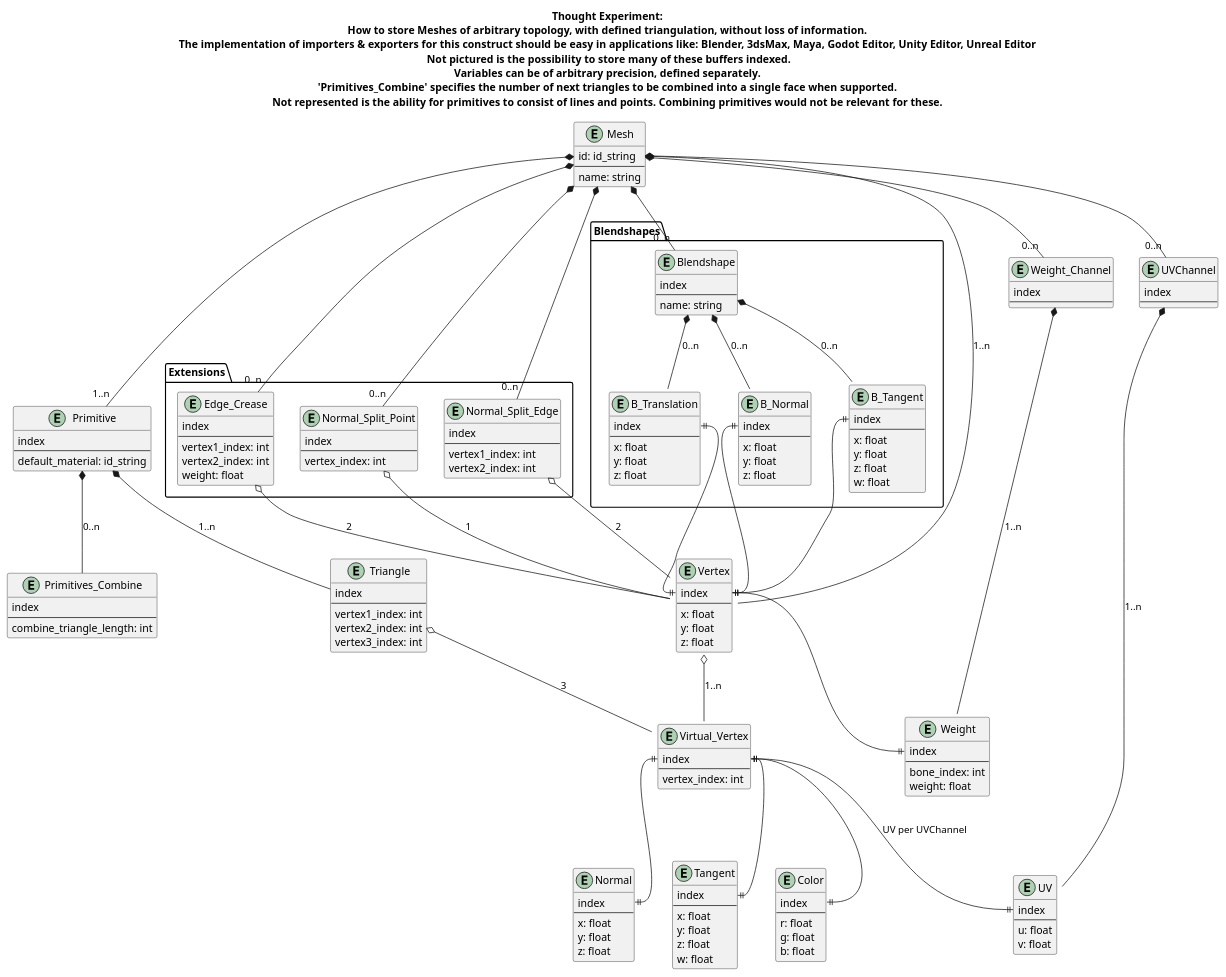
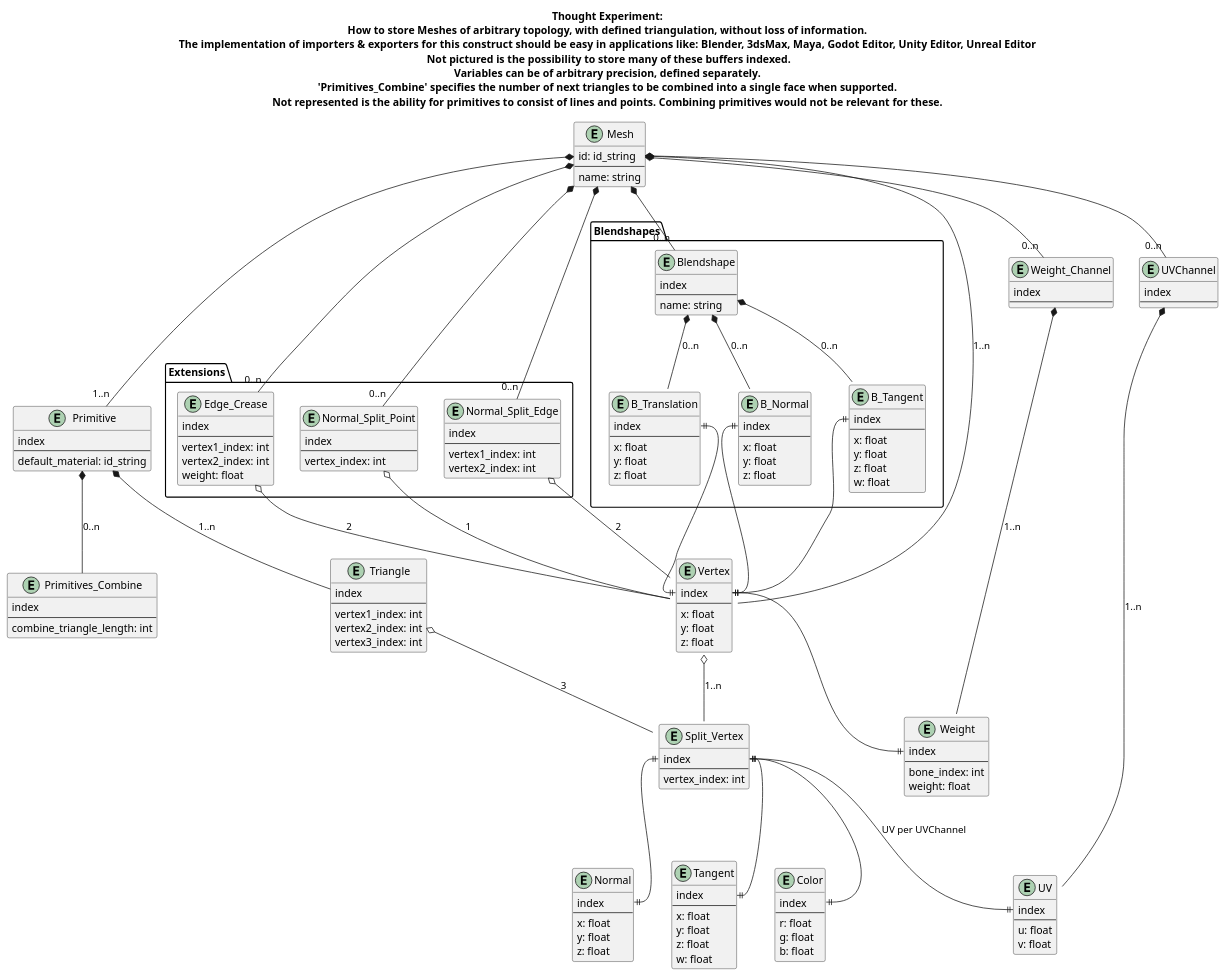
The diagram in docoumentation/mesh.plantuml (emperorofmars/stf_documentation), drawn with PlantUML before and after one commit.

Commit message:
mesh plantuml split vertex

```diff
--- a/docoumentation/mesh.plantuml
+++ b/docoumentation/mesh.plantuml
@@ -1,187 +1,187 @@
 @startuml Mesh
 title Thought Experiment:\nHow to store Meshes of arbitrary topology, with defined triangulation, without loss of information.\nThe implementation of importers & exporters for this construct should be easy in applications like: Blender, 3dsMax, Maya, Godot Editor, Unity Editor, Unreal Editor\n Not pictured is the possibility to store many of these buffers indexed.\nVariables can be of arbitrary precision, defined separately.\n'Primitives_Combine' specifies the number of next triangles to be combined into a single face when supported.\nNot represented is the ability for primitives to consist of lines and points. Combining primitives would not be relevant for these.
 
 entity Mesh {
 	id: id_string
 	--
 	name: string
 }
 
 entity Vertex {
 	index
 	--
 	x: float
 	y: float
 	z: float
 }
 
-entity Virtual_Vertex {
+entity Split_Vertex {
 	index
 	--
 	vertex_index: int
 }
 
 entity Normal {
 	index
 	--
 	x: float
 	y: float
 	z: float
 }
 
 entity Tangent {
 	index
 	--
 	x: float
 	y: float
 	z: float
 	w: float
 }
 
 entity Color {
 	index
 	--
 	r: float
 	g: float
 	b: float
 }
 
 entity UVChannel {
 	index
 	--
 }
 
 entity UV {
 	index
 	--
 	u: float
 	v: float
 }
 
 entity Primitive {
 	index
 	--
 	default_material: id_string
 }
 
 entity Triangle {
 	index
 	--
 	vertex1_index: int
 	vertex2_index: int
 	vertex3_index: int
 }
 
 entity Primitives_Combine {
 	index
 	--
 	combine_triangle_length: int
 }
 
 entity Weight_Channel {
 	index
 	--
 }
 
 entity Weight {
 	index
 	--
 	bone_index: int
 	weight: float
 }
 
 package Blendshapes
 {
 	entity Blendshape {
 		index
 		--
 		name: string
 	}
 
 	entity B_Translation {
 		index
 		--
 		x: float
 		y: float
 		z: float
 	}
 
 	entity B_Normal {
 		index
 		--
 		x: float
 		y: float
 		z: float
 	}
 
 	entity B_Tangent {
 		index
 		--
 		x: float
 		y: float
 		z: float
 		w: float
 	}
 }
 
 package Extensions
 {
 	entity Normal_Split_Point {
 		index
 		--
 		vertex_index: int
 	}
 
 	entity Normal_Split_Edge {
 		index
 		--
 		vertex1_index: int
 		vertex2_index: int
 	}
 
 	entity Edge_Crease {
 		index
 		--
 		vertex1_index: int
 		vertex2_index: int
 		weight: float
 	}
 }
 
 Mesh *-- Vertex : 1..n
-Vertex o-- Virtual_Vertex : 1..n
-Virtual_Vertex::index ||--|| Normal::index
-Virtual_Vertex::index ||--|| Tangent::index
-Virtual_Vertex::index ||--|| Color::index
-Virtual_Vertex::index ||--|| UV::index : UV per UVChannel
+Vertex o-- Split_Vertex : 1..n
+Split_Vertex::index ||--|| Normal::index
+Split_Vertex::index ||--|| Tangent::index
+Split_Vertex::index ||--|| Color::index
+Split_Vertex::index ||--|| UV::index : UV per UVChannel
 
 Mesh *-- "1..n" Primitive
 Primitive *-- Triangle : 1..n
 Primitive *-- Primitives_Combine : 0..n
-Triangle o-- Virtual_Vertex : 3
+Triangle o-- Split_Vertex : 3
 
 Mesh *-- "0..n" UVChannel
 UVChannel *-- UV : 1..n
 
 Mesh *-- "0..n" Weight_Channel
 Weight_Channel *-- Weight : 1..n
 Vertex::index ||--|| Weight::index
 
 Mesh *-- "0..n" Blendshape
 Blendshape *-- B_Translation : 0..n
 Blendshape *-- B_Normal : 0..n
 Blendshape *-- B_Tangent : 0..n
 B_Translation::index ||--|| Vertex::index
 B_Normal::index ||--|| Vertex::index
 B_Tangent::index ||--|| Vertex::index
 
 Mesh *-- "0..n" Normal_Split_Point
 Normal_Split_Point o-- Vertex : 1
 
 Mesh *-- "0..n" Normal_Split_Edge
 Normal_Split_Edge o-- Vertex : 2
 
 Mesh *-- "0..n" Edge_Crease
 Edge_Crease o-- Vertex : 2
 
 @enduml
```
